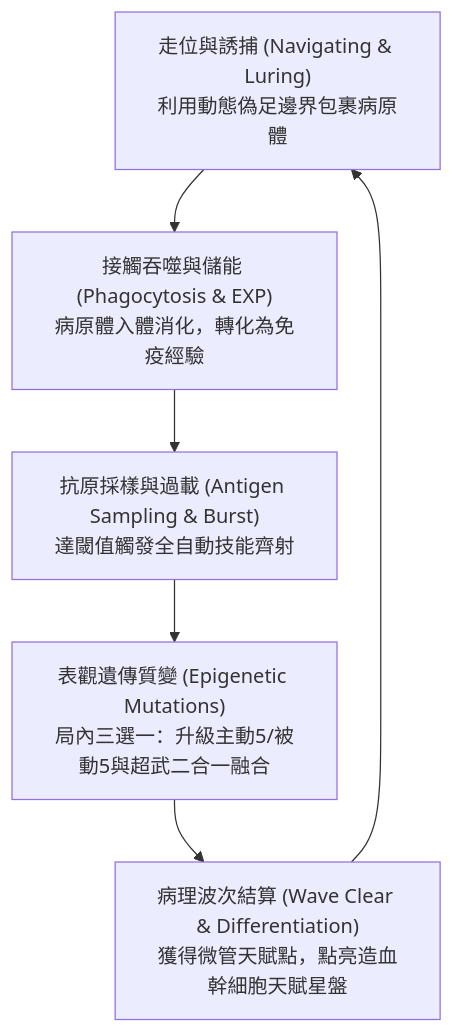
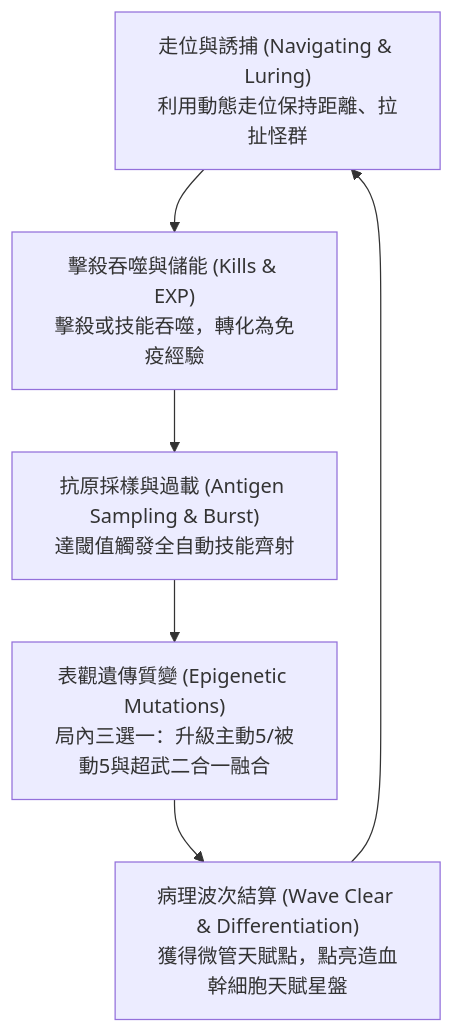
One commit to skyrocket-qy/Phagocyte changed the first of 2 diagrams in docs/spec.md. Above: the diagram before and after it, drawn with Mermaid. The commit also changed other lines of this file and 23 other files, not shown here.

````diff
--- a/docs/spec.md
+++ b/docs/spec.md
@@ -24,8 +24,8 @@
 ```mermaid
 graph TD
-    A["走位與誘捕 (Navigating & Luring)<br>利用動態偽足邊界包裹病原體"] --> B["接觸吞噬與儲能 (Phagocytosis & EXP)<br>病原體入體消化，轉化為免疫經驗"]
+    A["走位與誘捕 (Navigating & Luring)<br>利用動態走位保持距離、拉扯怪群"] --> B["擊殺吞噬與儲能 (Kills & EXP)<br>擊殺或技能吞噬，轉化為免疫經驗"]
     B --> C["抗原採樣與過載 (Antigen Sampling & Burst)<br>達閾值觸發全自動技能齊射"]
     C --> D["表觀遺傳質變 (Epigenetic Mutations)<br>局內三選一：升級主動5/被動5與超武二合一融合"]
     D --> E["病理波次結算 (Wave Clear & Differentiation)<br>獲得微管天賦點，點亮造血幹細胞天賦星盤"]
     E --> A
 ```
````
